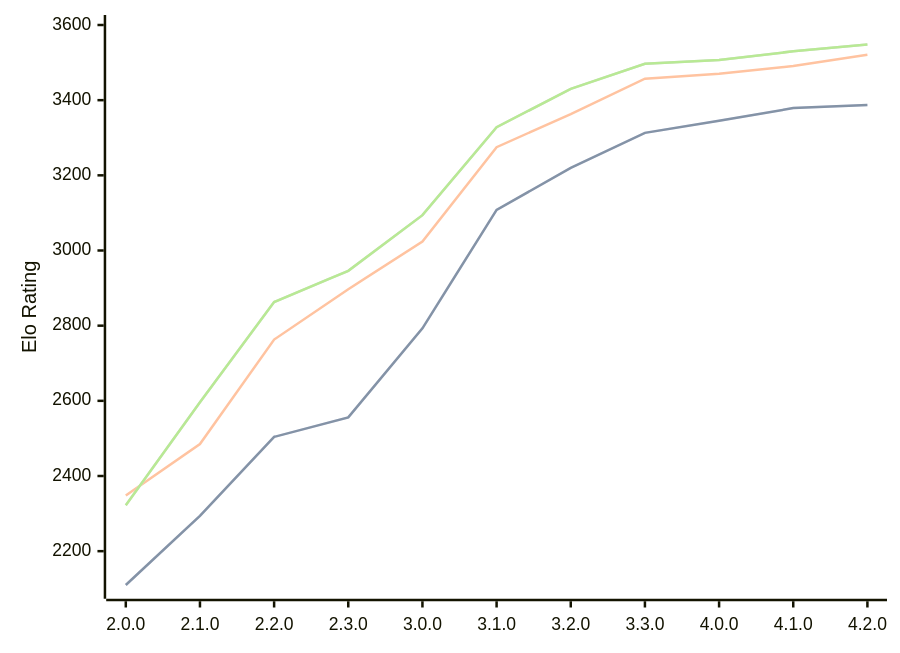
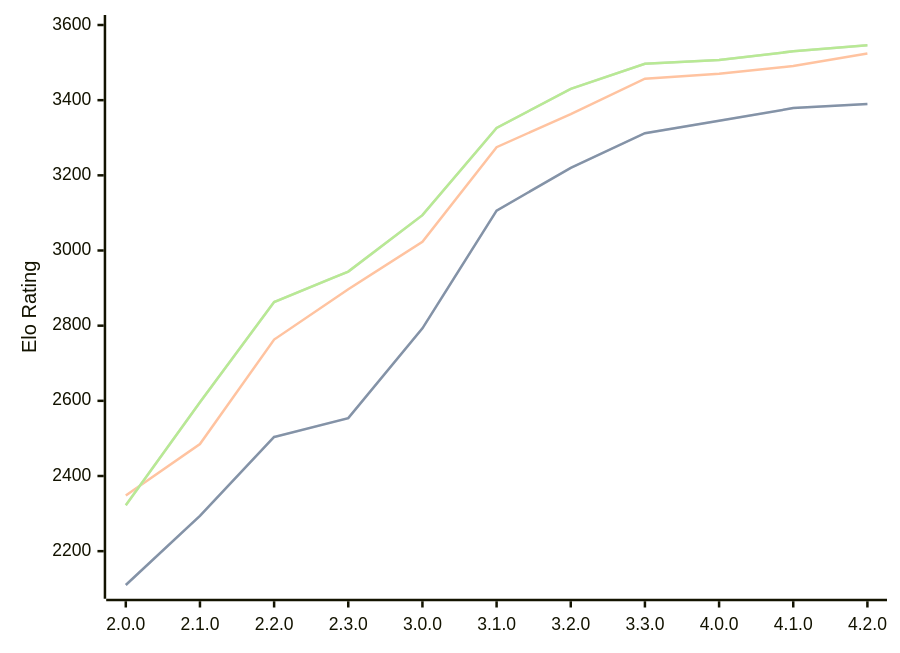
The diagram in engines/Raphael.md (computer-chess-index/cci), drawn with Mermaid before and after one commit. The commit also changed other lines of this file, not shown here.

Commit message:
Update CCI Ratings (ELO VLTC) - 2026-07-28

````diff
--- a/engines/Raphael.md
+++ b/engines/Raphael.md
@@ -53,11 +53,11 @@
 ```mermaid
 %%{init: {"theme":"base","themeVariables":{"seriesColors:['#a3a3a3','#222221','#faa371']}}}%%
 xychart-beta
   x-axis ["2.0.0", "2.1.0", "2.2.0", "2.3.0", "3.0.0", "3.1.0", "3.2.0", "3.3.0", "4.0.0", "4.1.0", "4.2.0"]
   y-axis "Elo Rating" 2100 --> 3600
-  line "STC (8.0+0.08s)" [2110, 2294, 2504, 2556, 2793, 3108, 3220, 3313, 3345, 3379, 3387]
-  line "STC (8.0+0.08s)" [2110, 2294, 2504, 2556, 2793, 3108, 3220, 3313, 3345, 3379, 3387]
-  line "LTC (60.0+0.60s)" [2348, 2485, 2763, 2897, 3024, 3275, 3363, 3457, 3470, 3491, 3521]
-  line "VLTC (2m24s+1.12s)" [2322, 2596, 2863, 2946, 3094, 3328, 3430, 3497, 3507, 3530, 3548]
-  line "VLTC (2m24s+1.12s)" [2322, 2596, 2863, 2946, 3094, 3328, 3430, 3497, 3507, 3530, 3548]
+  line "STC (8.0+0.08s)" [2110, 2294, 2504, 2554, 2793, 3106, 3220, 3312, 3345, 3379, 3390]
+  line "STC (8.0+0.08s)" [2110, 2294, 2504, 2554, 2793, 3106, 3220, 3312, 3345, 3379, 3390]
+  line "LTC (60.0+0.60s)" [2348, 2485, 2763, 2897, 3023, 3275, 3363, 3457, 3470, 3491, 3524]
+  line "VLTC (2m24s+1.12s)" [2322, 2596, 2863, 2944, 3094, 3326, 3430, 3497, 3507, 3530, 3546]
+  line "VLTC (2m24s+1.12s)" [2322, 2596, 2863, 2944, 3094, 3326, 3430, 3497, 3507, 3530, 3546]
 ```
````
